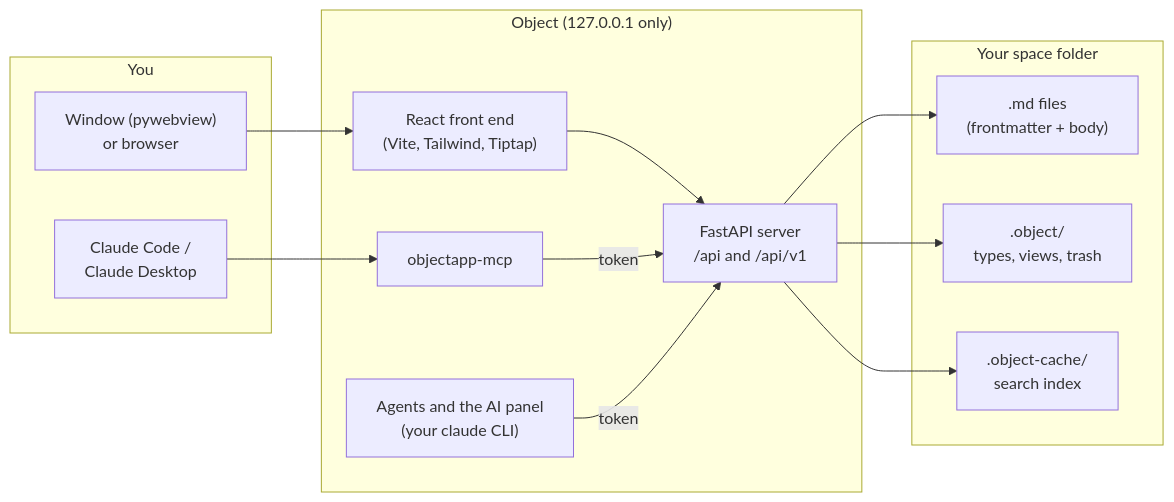
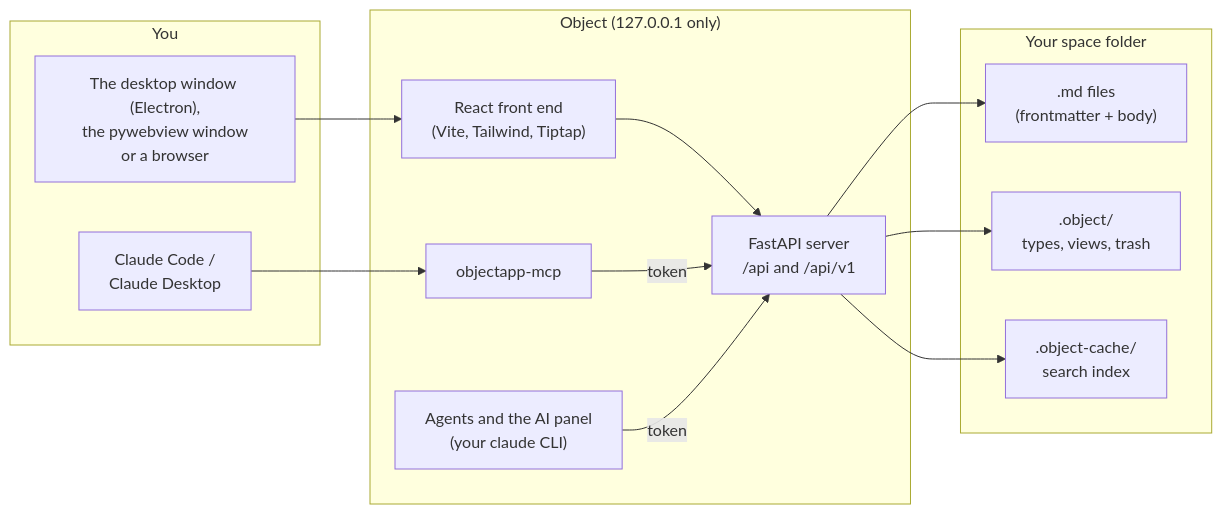
The diagram in README.md (ghively/Objects), drawn with Mermaid before and after one commit. The commit also changed other lines of this file, not shown here.

First line of the commit message:
docs(m33): the README says which window Object opens and what of the desktop window has been run

````diff
--- a/README.md
+++ b/README.md
@@ -206,24 +206,24 @@
 ```mermaid
 flowchart LR
   subgraph You
-    UI["Window (pywebview)<br/>or browser"]
+    UI["The desktop window (Electron),<br/>the pywebview window<br/>or a browser"]
     CC["Claude Code /<br/>Claude Desktop"]
   end
   subgraph Object["Object (127.0.0.1 only)"]
     FE["React front end<br/>(Vite, Tailwind, Tiptap)"]
     API["FastAPI server<br/>/api and /api/v1"]
     MCP["objectapp-mcp"]
     AG["Agents and the AI panel<br/>(your claude CLI)"]
   end
   subgraph Disk["Your space folder"]
     MD[".md files<br/>(frontmatter + body)"]
     META[".object/<br/>types, views, trash"]
     CACHE[".object-cache/<br/>search index"]
   end
   UI --> FE --> API
   CC --> MCP -->|token| API
   AG -->|token| API
   API --> MD
   API --> META
   API --> CACHE
 ```
````
